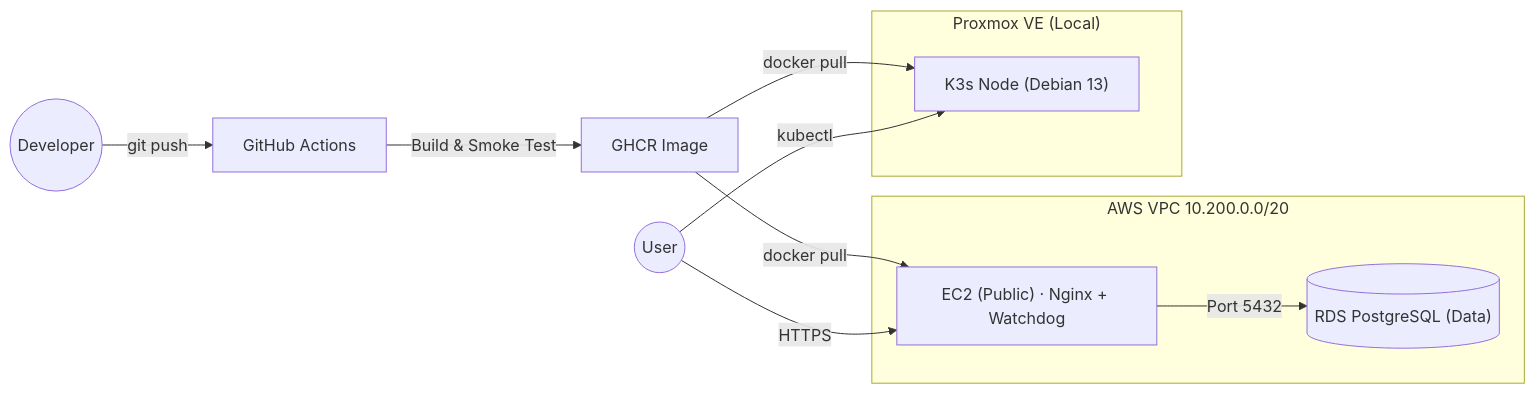
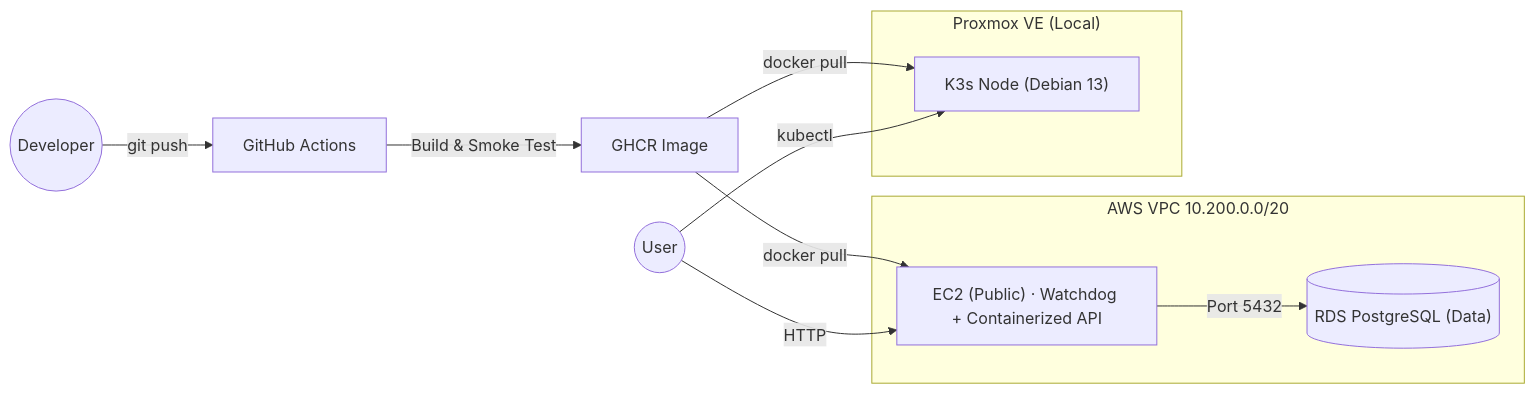
The diagram in README.md (Upwind1647/infrastructure-lab), drawn with Mermaid before and after one commit. The commit also changed other lines of this file and 4 other files, not shown here.

````diff
--- a/README.md
+++ b/README.md
@@ -15,20 +15,20 @@
 ```mermaid
 graph LR
     Dev((Developer)) -->|git push| GH[GitHub Actions]
     GH -->|Build & Smoke Test| GHCR[GHCR Image]
     GHCR -->|docker pull| EC2
     GHCR -->|docker pull| K3S
 
     subgraph AWS ["AWS VPC 10.200.0.0/20"]
-        EC2["EC2 (Public) · Nginx + Watchdog"]
+      EC2["EC2 (Public) · Watchdog + Containerized API"]
         RDS[("RDS PostgreSQL (Data)")]
         EC2 -->|Port 5432| RDS
     end
 
     subgraph Proxmox ["Proxmox VE (Local)"]
         K3S["K3s Node (Debian 13)"]
     end
 
-    User((User)) -->|HTTPS| EC2
+    User((User)) -->|HTTP| EC2
     User -->|kubectl| K3S
 ```
````
